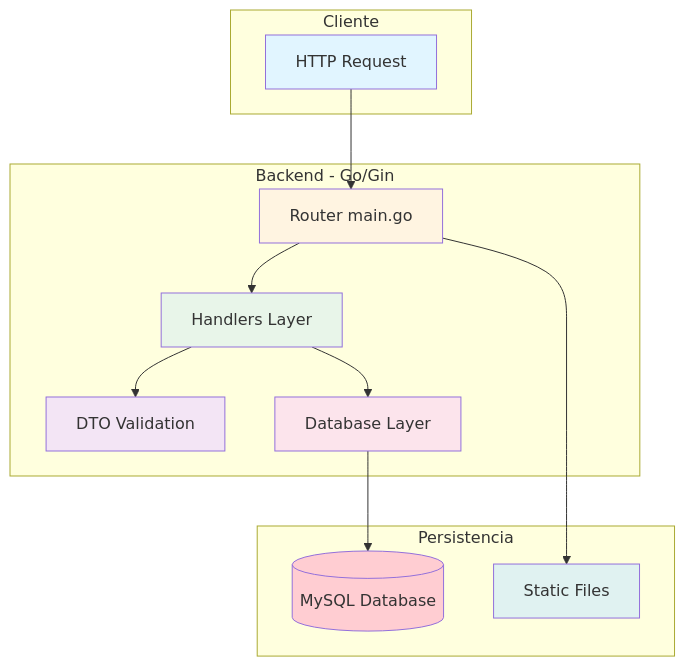
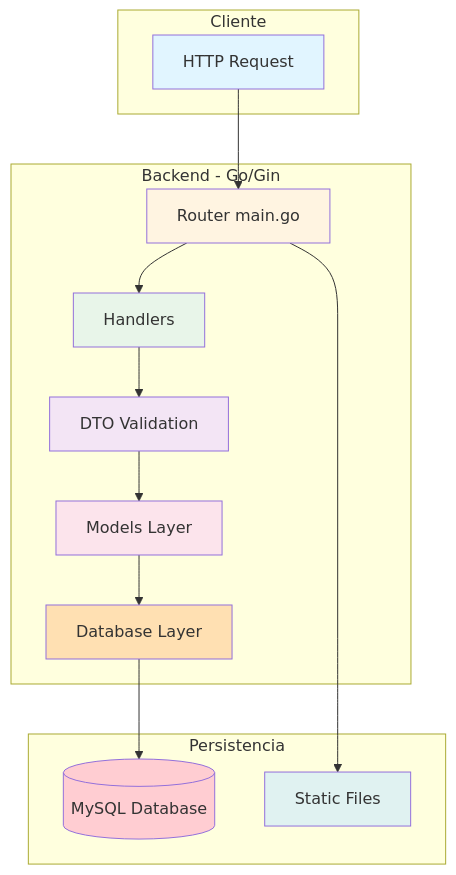
The first of 2 diagrams in README.md (jjmartinmelero/fullstack-app), drawn with Mermaid before and after one commit. The commit also changed other lines of this file and 9 other files, not shown here.

````diff
--- a/README.md
+++ b/README.md
@@ -246,33 +351,36 @@
 ```mermaid
 graph TB
     subgraph "Cliente"
         A[HTTP Request]
     end
     
     subgraph "Backend - Go/Gin"
         B[Router main.go]
-        C[Handlers Layer]
+        C[Handlers]
         D[DTO Validation]
-        E[Database Layer]
+        E[Models Layer]
+        F[Database Layer]
     end
     
     subgraph "Persistencia"
-        F[(MySQL Database)]
-        G[Static Files]
+        G[(MySQL Database)]
+        H[Static Files]
     end
     
     A --> B
     B --> C
     C --> D
-    C --> E
+    D --> E
     E --> F
-    B --> G
+    F --> G
+    B --> H
     
     style A fill:#e1f5ff
     style B fill:#fff4e1
     style C fill:#e8f5e9
     style D fill:#f3e5f5
     style E fill:#fce4ec
-    style F fill:#ffcdd2
-    style G fill:#e0f2f1
+    style F fill:#ffe0b2
+    style G fill:#ffcdd2
+    style H fill:#e0f2f1
 ```
````
